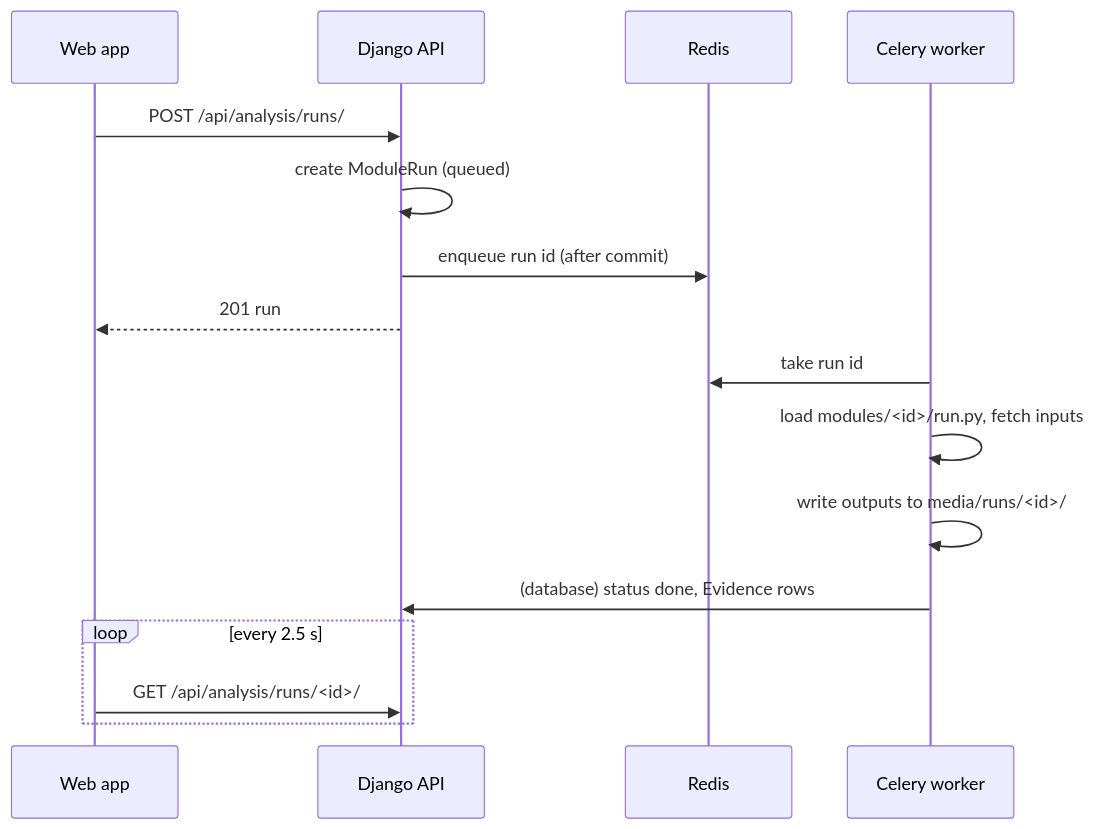
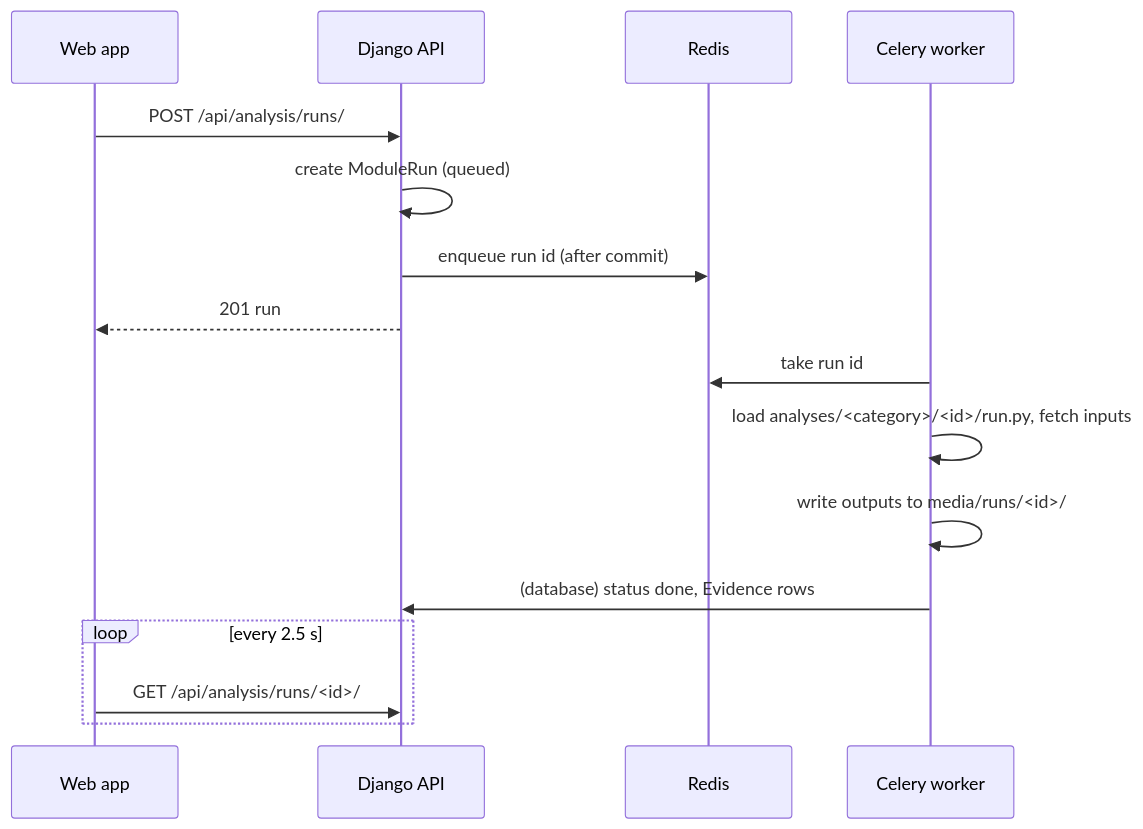
One commit to geonexa/isdb_geida changed the diagram in docs/architecture/backend.md. Above: the diagram before and after it, drawn with Mermaid. The commit also changed other lines of this file and 378 other files, not shown here.

````diff
--- a/docs/architecture/backend.md
+++ b/docs/architecture/backend.md
@@ -55,18 +58,18 @@
 ```mermaid
 sequenceDiagram
     participant UI as Web app
     participant API as Django API
     participant Q as Redis
     participant W as Celery worker
     UI->>API: POST /api/analysis/runs/
     API->>API: create ModuleRun (queued)
     API->>Q: enqueue run id (after commit)
     API-->>UI: 201 run
     W->>Q: take run id
-    W->>W: load modules/<id>/run.py, fetch inputs
+    W->>W: load analyses/<category>/<id>/run.py, fetch inputs
     W->>W: write outputs to media/runs/<id>/
     W->>API: (database) status done, Evidence rows
     loop every 2.5 s
         UI->>API: GET /api/analysis/runs/<id>/
     end
 ```
````
